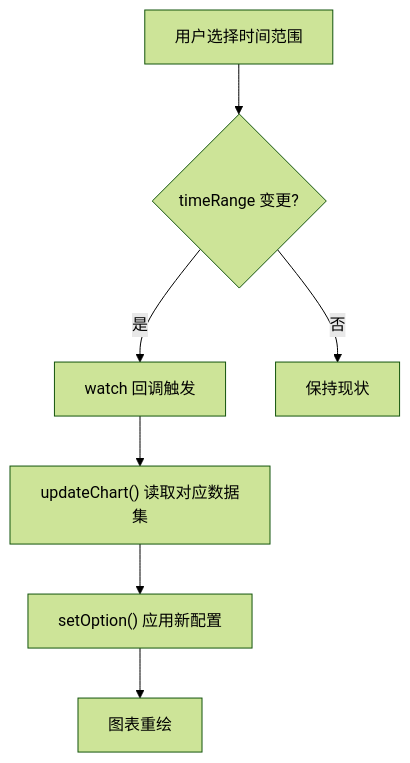
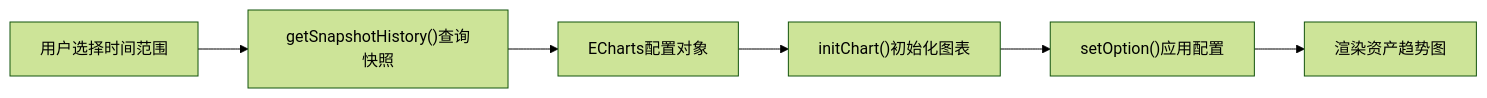
The fourth of 5 diagrams in .qoder/repowiki/zh/content/财务分析/财务仪表板.md (xiao-lin-unit/yuan), drawn with Mermaid (forest theme) before and after one commit. The commit also changed other lines of this file and 9 other files, not shown here.

````diff
--- a/.qoder/repowiki/zh/content/财务分析/财务仪表板.md
+++ b/.qoder/repowiki/zh/content/财务分析/财务仪表板.md
@@ -193,9 +186,8 @@
 ```mermaid
-flowchart TD
-A["用户选择时间范围"] --> B{"timeRange 变更?"}
-B --> |是| C["watch 回调触发"]
-C --> D["updateChart() 读取对应数据集"]
-D --> E["setOption() 应用新配置"]
-E --> F["图表重绘"]
-B --> |否| G["保持现状"]
+graph LR
+A["用户选择时间范围"] --> B["getSnapshotHistory()查询快照"]
+B --> C["ECharts配置对象"]
+C --> D["initChart()初始化图表"]
+D --> E["setOption()应用配置"]
+E --> F["渲染资产趋势图"]
 ```
````
